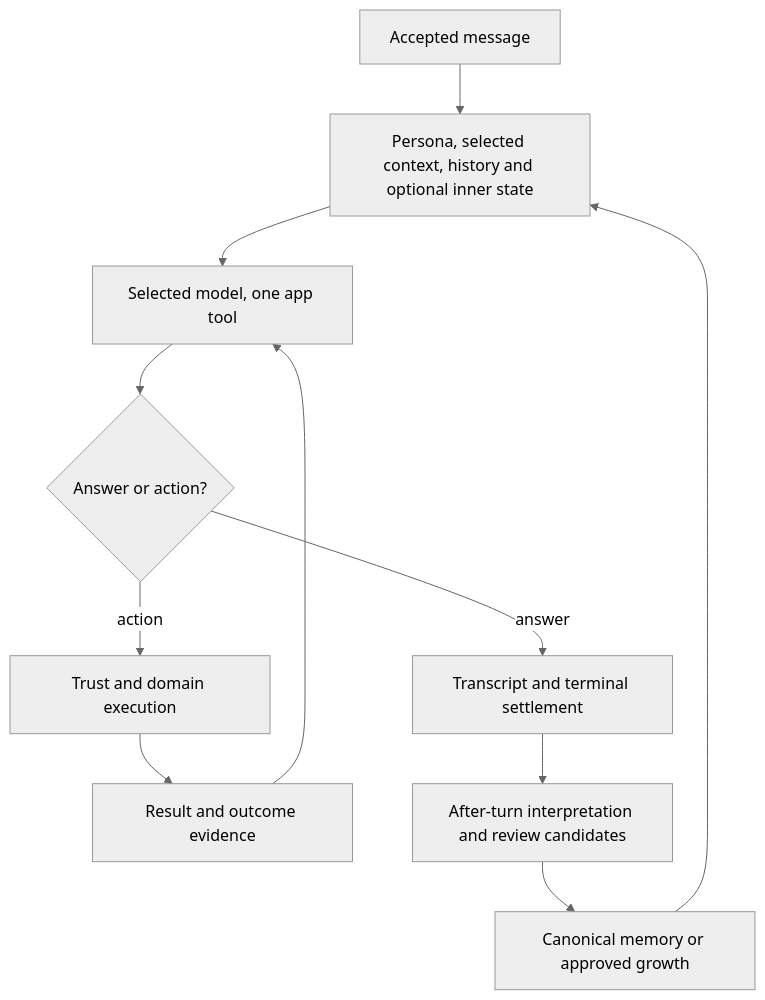
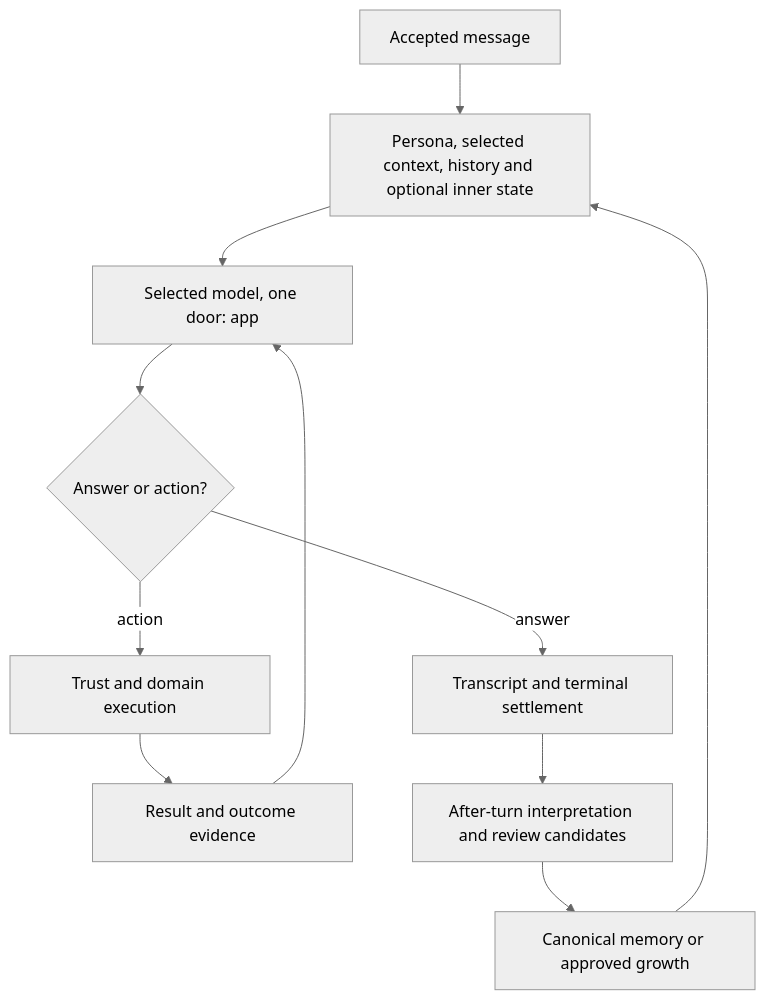
Before and after one commit to embwl0x/native-agent: the diagram in docs/INTERNAL_WORKINGS.md, drawn with Mermaid (neutral theme). The commit also changed other lines of this file and 459 other files, not shown here.

````diff
--- a/docs/INTERNAL_WORKINGS.md
+++ b/docs/INTERNAL_WORKINGS.md
@@ -475,13 +557,13 @@
 ```mermaid
 flowchart TD
     A["Accepted message"] --> B["Persona, selected context, history and optional inner state"]
-    B --> C["Selected model, one app tool"]
+    B --> C["Selected model, one door: app"]
     C --> D{"Answer or action?"}
     D -- "action" --> E["Trust and domain execution"]
     E --> F["Result and outcome evidence"]
     F --> C
     D -- "answer" --> G["Transcript and terminal settlement"]
     G --> H["After-turn interpretation and review candidates"]
     H --> I["Canonical memory or approved growth"]
     I --> B
 ```
````
